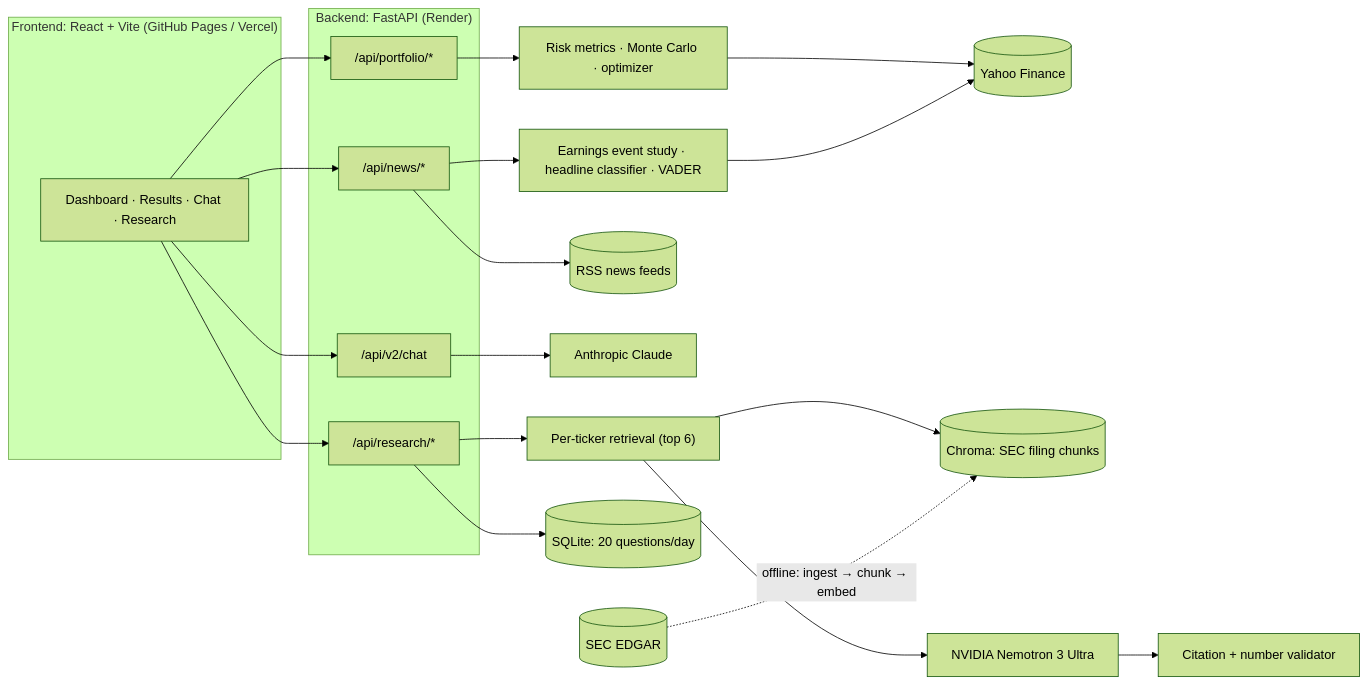
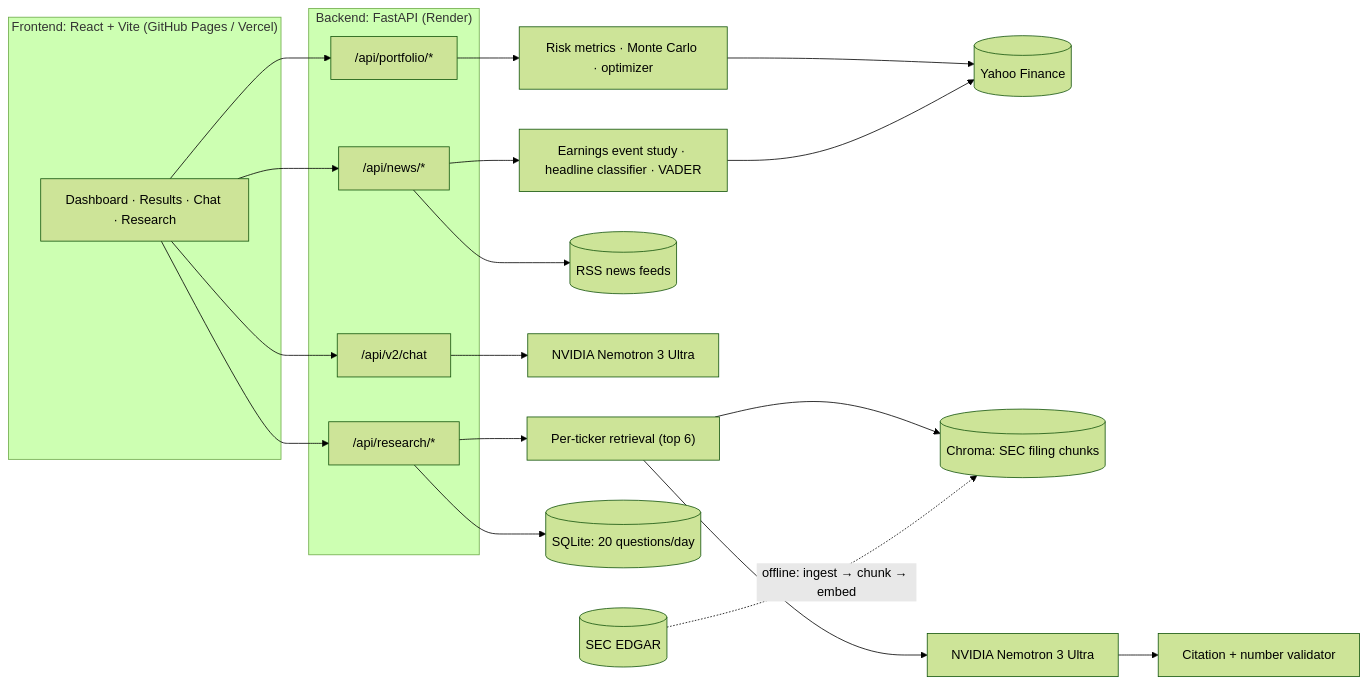
Before and after one commit to shreyas1504/Arcus: the first of 2 diagrams in README.md, drawn with Mermaid (forest theme). The commit also changed other lines of this file and 10 other files, not shown here.

First line of the commit message:
Run Arcus AI chat on NVIDIA Nemotron 3 Ultra

````diff
--- a/README.md
+++ b/README.md
@@ -77,32 +76,32 @@
 ```mermaid
 flowchart LR
     subgraph Frontend["Frontend: React + Vite (GitHub Pages / Vercel)"]
         Pages["Dashboard · Results · Chat · Research"]
     end
 
     subgraph Backend["Backend: FastAPI (Render)"]
         PortfolioAPI["/api/portfolio/*"]
         ChatAPI["/api/v2/chat"]
         NewsAPI["/api/news/*"]
         ResearchAPI["/api/research/*"]
     end
 
     Pages --> PortfolioAPI
     Pages --> ChatAPI
     Pages --> NewsAPI
     Pages --> ResearchAPI
 
     PortfolioAPI --> Analytics["Risk metrics · Monte Carlo · optimizer"]
     Analytics --> Yahoo[("Yahoo Finance")]
     NewsAPI --> EventStudy["Earnings event study · headline classifier · VADER"]
     EventStudy --> Yahoo
     NewsAPI --> RSS[("RSS news feeds")]
-    ChatAPI --> Claude["Anthropic Claude"]
+    ChatAPI --> ChatLLM["NVIDIA Nemotron 3 Ultra"]
 
     ResearchAPI --> Retrieve["Per-ticker retrieval (top 6)"]
     Retrieve --> Chroma[("Chroma: SEC filing chunks")]
     Retrieve --> Nemotron["NVIDIA Nemotron 3 Ultra"]
     Nemotron --> Validator["Citation + number validator"]
     ResearchAPI --> Quota[("SQLite: 20 questions/day")]
     SEC[("SEC EDGAR")] -. "offline: ingest → chunk → embed" .-> Chroma
 ```
````
